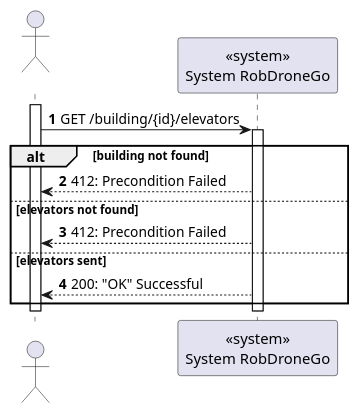
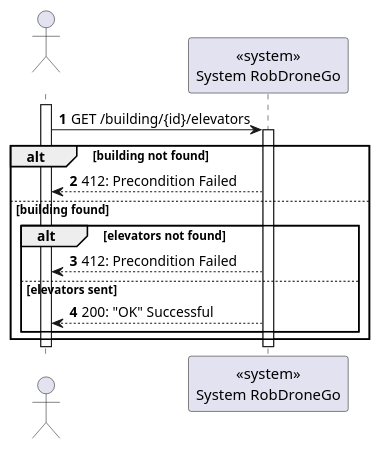
Before and after one commit to Departamento-de-Engenharia-Informatica/lapr5-23-24-g19: the diagram in docs/us290/level1/process-view.puml, drawn with PlantUML. The commit also changed 9 other files, not shown here.

```diff
--- a/docs/us290/level1/process-view.puml
+++ b/docs/us290/level1/process-view.puml
@@ -1,25 +1,27 @@
 @startuml
 autonumber
 
 actor " " as actor
 participant "<<system>>\nSystem RobDroneGo" as sys
 
 
 activate actor
 actor -> sys: GET /building/{id}/elevators
 
     activate sys
     alt building not found
         sys --> actor : 412: Precondition Failed
-    else elevators not found
-        actor <-- sys : 412: Precondition Failed
-    else elevators sent
-        actor <-- sys : 200: "OK" Successful
+    else building found
+        alt elevators not found
+            actor <-- sys : 412: Precondition Failed
+        else elevators sent
+            actor <-- sys : 200: "OK" Successful
+        end
     end
 
 
 
 deactivate sys
 deactivate actor
 
 @enduml
```
